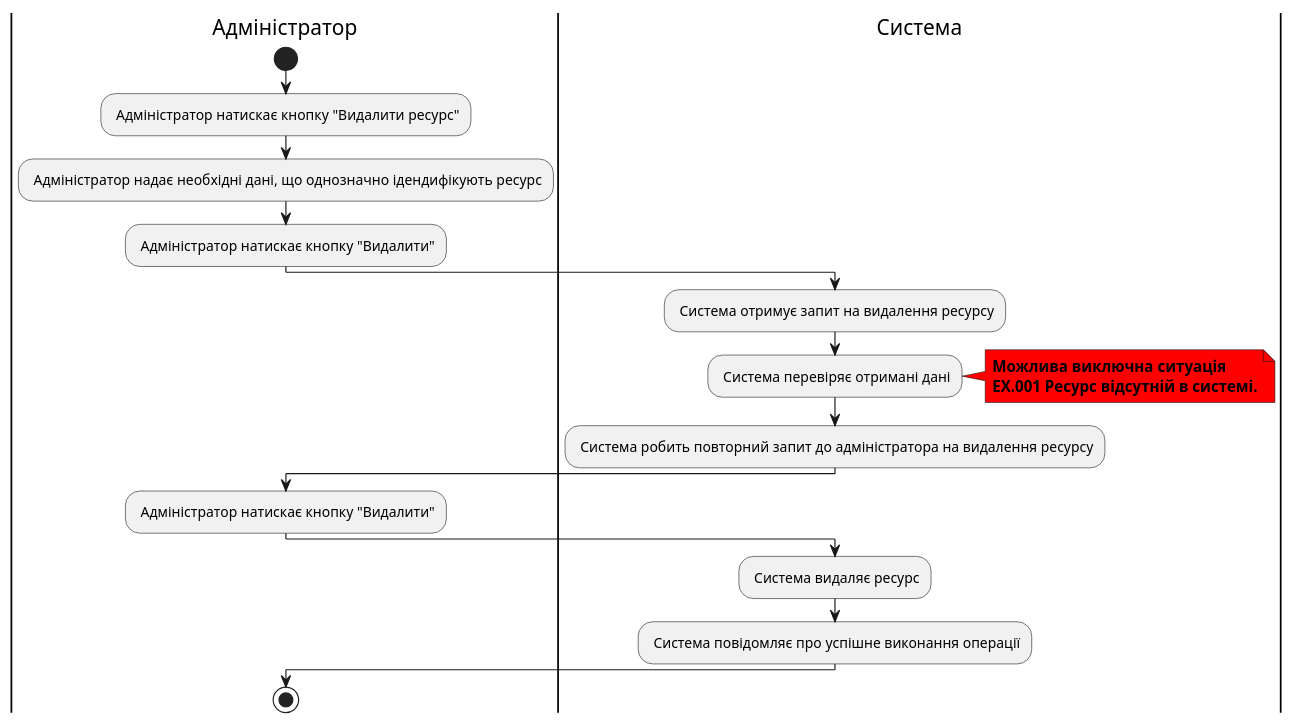
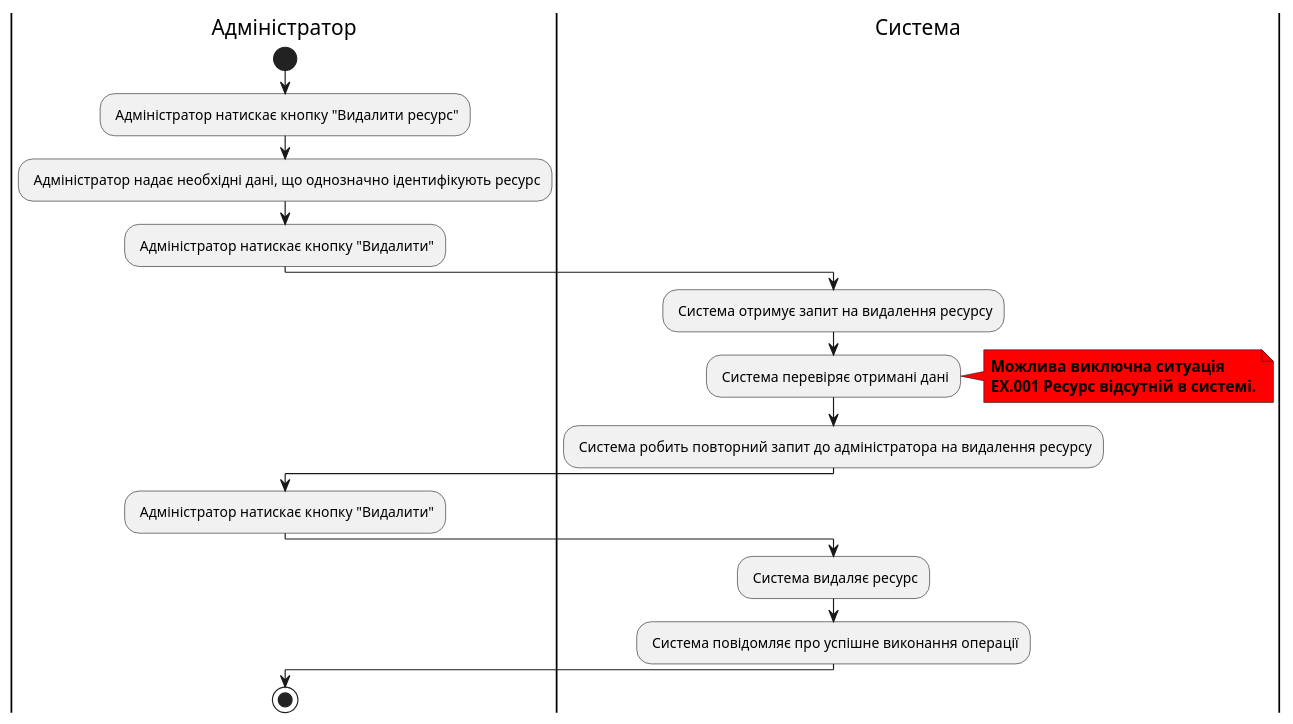
Before and after one commit to ypapish/database-course-work: the sixth of 7 diagrams in docs/ua/use cases/index.md, drawn with PlantUML. The commit also changed other lines of this file, not shown here.

```diff
--- a/docs/ua/use cases/index.md
+++ b/docs/ua/use cases/index.md
@@ -175,25 +175,25 @@
 @startuml
 |Адміністратор|
 start
 : Адміністратор натискає кнопку "Видалити ресурс";
-: Адміністратор надає необхідні дані, що однозначно ідендифікують ресурс;
+: Адміністратор надає необхідні дані, що однозначно ідентифікують ресурс;
 : Адміністратор натискає кнопку "Видалити";
 
 |Система|
 : Система отримує запит на видалення ресурсу;
 : Система перевіряє отримані дані;
 note right #red
 <b>Можлива виключна ситуація</b>
 <b>EX.001 Ресурс відсутній в системі.</b>
 end note
 : Система робить повторний запит до адміністратора на видалення ресурсу;
 
 |Адміністратор|
 : Адміністратор натискає кнопку "Видалити";
 
 |Система|
 : Система видаляє ресурс;
 : Система повідомляє про успішне виконання операції;
 |Адміністратор|
 stop
 @enduml
```
